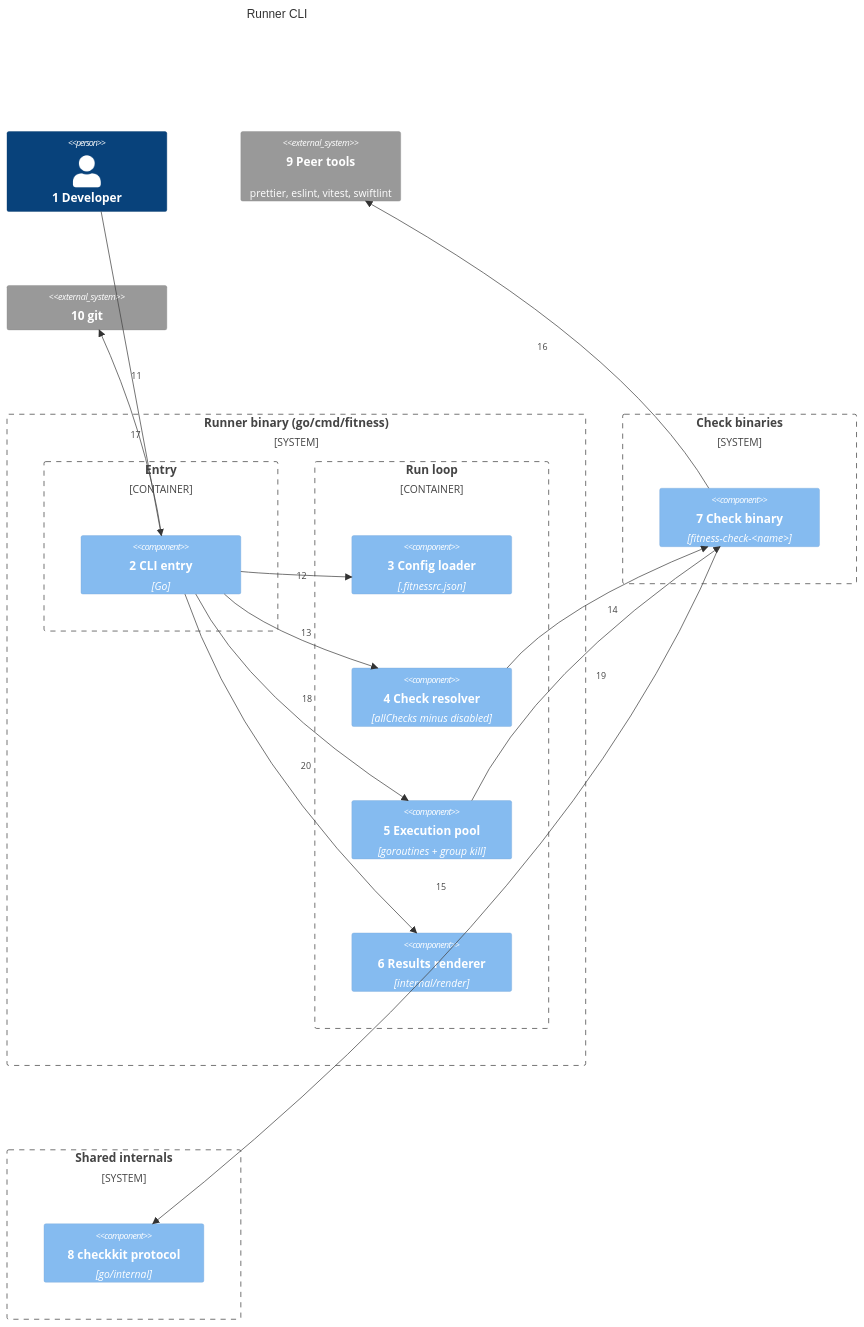
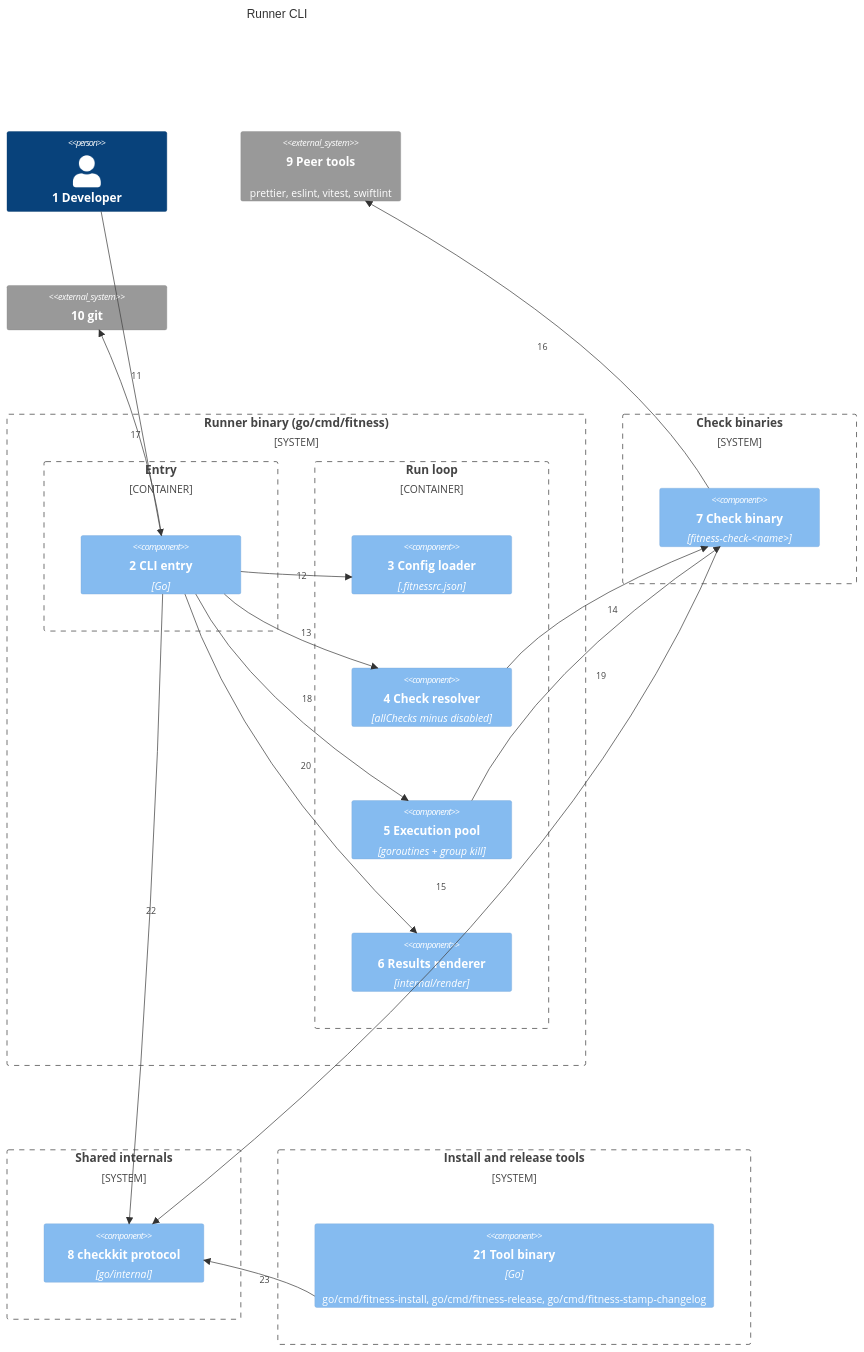
The first of 2 diagrams in docs/architecture/03-components.md (may-journal/fitness-runner), drawn with Mermaid before and after one commit. The commit also changed other lines of this file and 18 other files, not shown here.

First line of the commit message:
feat(architecture): enforce component folder ownership and dependencies

````diff
--- a/docs/architecture/03-components.md
+++ b/docs/architecture/03-components.md
@@ -7,40 +7,46 @@
 ```mermaid
 C4Component
     title Runner CLI
 
     Person(developer, "1 Developer")
 
     System_Boundary(cli, "Runner binary (go/cmd/fitness)") {
         Container_Boundary(entry, "Entry") {
             Component(main, "2 CLI entry", "Go")
         }
         Container_Boundary(runner, "Run loop") {
             Component(config, "3 Config loader", ".fitnessrc.json")
             Component(resolve, "4 Check resolver", "allChecks minus disabled")
             Component(execute, "5 Execution pool", "goroutines + group kill")
             Component(output, "6 Results renderer", "internal/render")
         }
     }
 
     System_Boundary(checks, "Check binaries") {
         Component(check, "7 Check binary", "fitness-check-<name>")
     }
 
     System_Boundary(shared, "Shared internals") {
         Component(kit, "8 checkkit protocol", "go/internal")
     }
 
-    System_Ext(tools, "9 Peer tools", "prettier, eslint, vitest, swiftlint")
+    System_Boundary(tools, "Install and release tools") {
+        Component(tool, "21 Tool binary", "Go", "go/cmd/fitness-install, go/cmd/fitness-release, go/cmd/fitness-stamp-changelog")
+    }
+
+    System_Ext(peers, "9 Peer tools", "prettier, eslint, vitest, swiftlint")
     System_Ext(git, "10 git")
 
     Rel(developer, main, "11")
     Rel(main, config, "12")
     Rel(main, resolve, "13")
     Rel(resolve, check, "14")
     Rel(main, git, "17")
     Rel(main, execute, "18")
     Rel(execute, check, "19")
     Rel(main, output, "20")
     Rel(check, kit, "15")
-    Rel(check, tools, "16")
+    Rel(check, peers, "16")
+    Rel(main, kit, "22")
+    Rel(tool, kit, "23")
 ```
````
